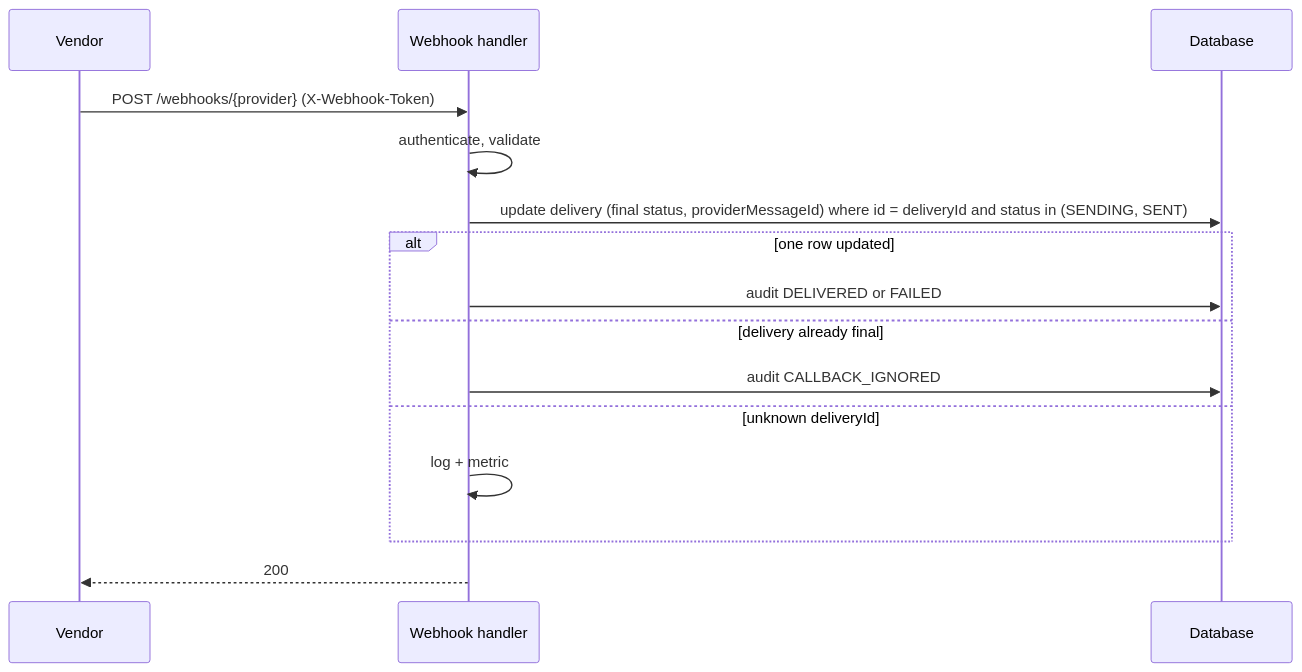
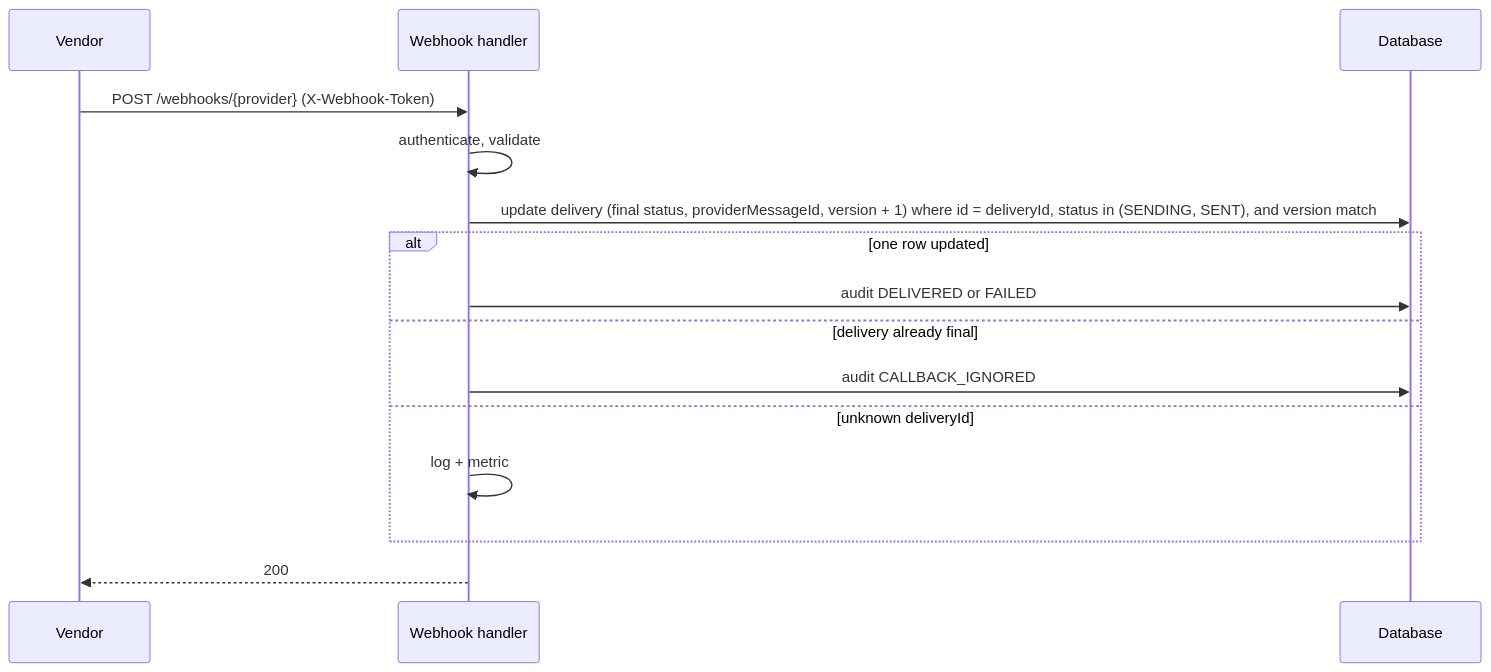
The sixth of 6 diagrams in docs/architecture.md (radwara/nms), drawn with Mermaid before and after one commit. The commit also changed other lines of this file and 1 other file, not shown here.

Commit message:
docs(delivery): use version as the concurrency token (#7)

````diff
--- a/docs/architecture.md
+++ b/docs/architecture.md
@@ -424,17 +425,17 @@
 ```mermaid
 sequenceDiagram
     participant V as Vendor
     participant H as Webhook handler
     participant D as Database
     V->>H: POST /webhooks/{provider} (X-Webhook-Token)
     H->>H: authenticate, validate
-    H->>D: update delivery (final status, providerMessageId) where id = deliveryId and status in (SENDING, SENT)
+    H->>D: update delivery (final status, providerMessageId, version + 1) where id = deliveryId, status in (SENDING, SENT), and version match
     alt one row updated
         H->>D: audit DELIVERED or FAILED
     else delivery already final
         H->>D: audit CALLBACK_IGNORED
     else unknown deliveryId
         H->>H: log + metric
     end
     H-->>V: 200
 ```
````
